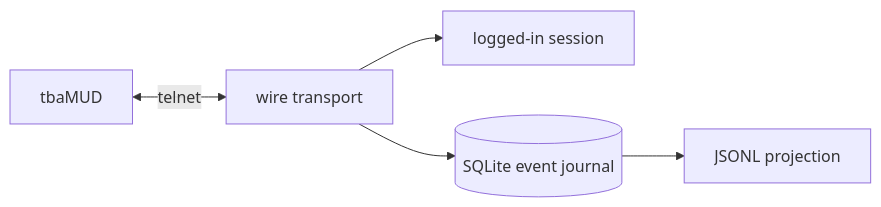
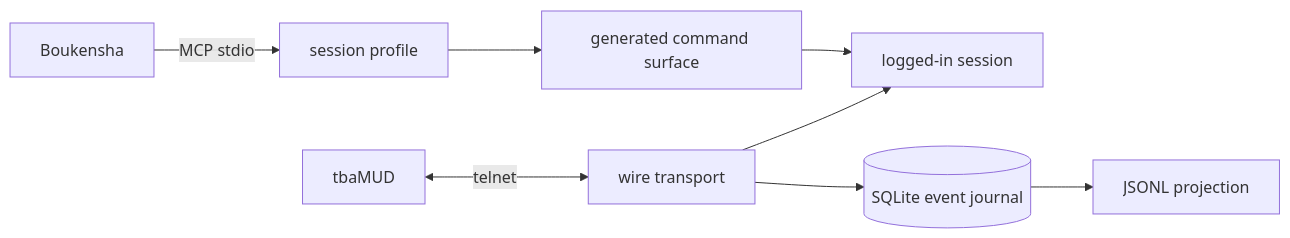
The diagram in week2_capable/gateway/README.md (IbnouT/claude-code-camp-2026-Q2), drawn with Mermaid before and after one commit. The commit also changed other lines of this file and 14 other files, not shown here.

Commit message:
Add gateway MCP surface

````diff
--- a/week2_capable/gateway/README.md
+++ b/week2_capable/gateway/README.md
@@ -6,7 +6,10 @@
 ```mermaid
 flowchart LR
     G["tbaMUD"] <-- telnet --> W["wire transport"]
     W --> S["logged-in session"]
     W --> J[("SQLite event journal")]
     J --> X["JSONL projection"]
+    A["Boukensha"] -- MCP stdio --> P["session profile"]
+    P --> M["generated command surface"]
+    M --> S
 ```
````
